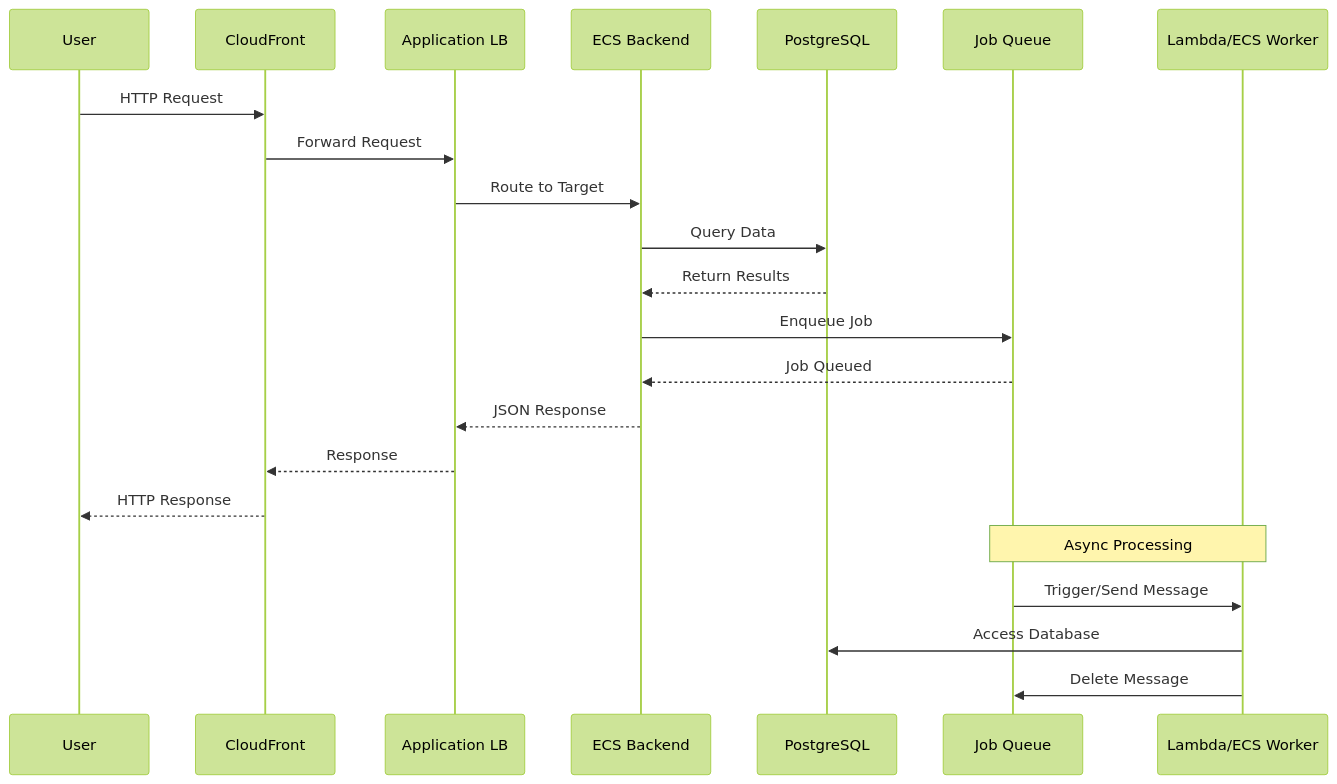
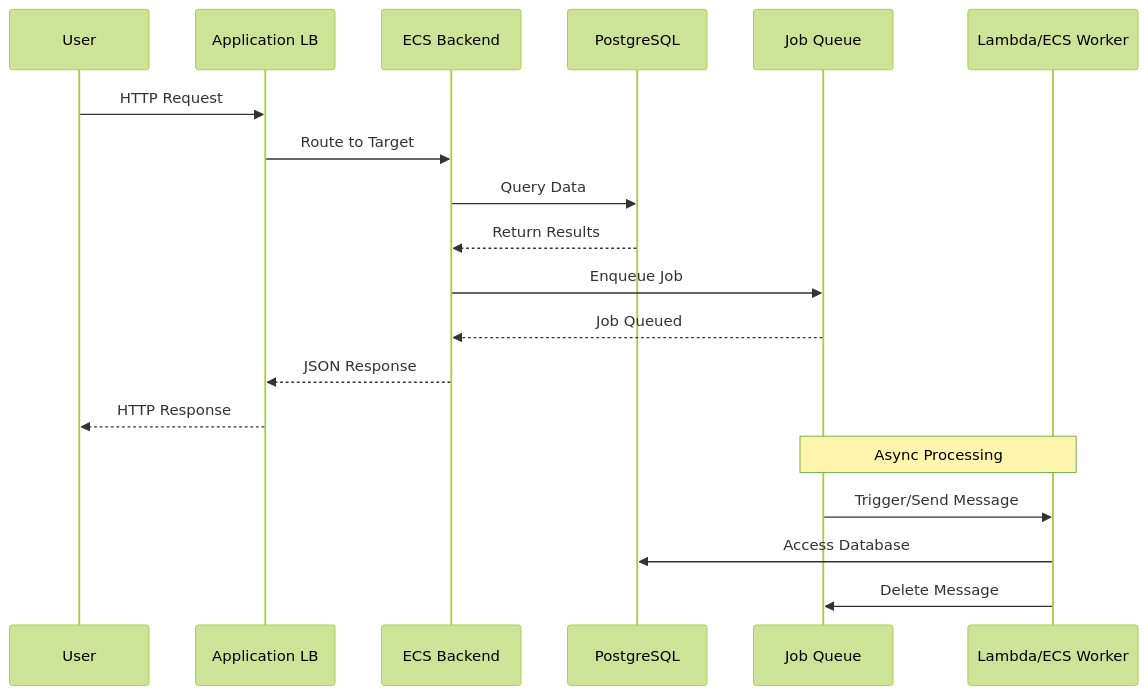
One commit to Ilities/viberglass changed the third of 5 diagrams in infrastructure/README.md. Above: the diagram before and after it, drawn with Mermaid (forest theme). The commit also changed other lines of this file, not shown here.

````diff
--- a/infrastructure/README.md
+++ b/infrastructure/README.md
@@ -93,26 +89,23 @@
 ```mermaid
 sequenceDiagram
     participant User
-    participant CloudFront as CloudFront
     participant ALB as Application LB
     participant Backend as ECS Backend
     participant RDS as PostgreSQL
     participant SQS as Job Queue
     participant Worker as Lambda/ECS Worker
 
-    User->>CloudFront: HTTP Request
-    CloudFront->>ALB: Forward Request
+    User->>ALB: HTTP Request
     ALB->>Backend: Route to Target
     Backend->>RDS: Query Data
     RDS-->>Backend: Return Results
     Backend->>SQS: Enqueue Job
     SQS-->>Backend: Job Queued
     Backend-->>ALB: JSON Response
-    ALB-->>CloudFront: Response
-    CloudFront-->>User: HTTP Response
+    ALB-->>User: HTTP Response
 
     Note over SQS,Worker: Async Processing
     SQS->>Worker: Trigger/Send Message
     Worker->>RDS: Access Database
     Worker->>SQS: Delete Message
 ```
````
